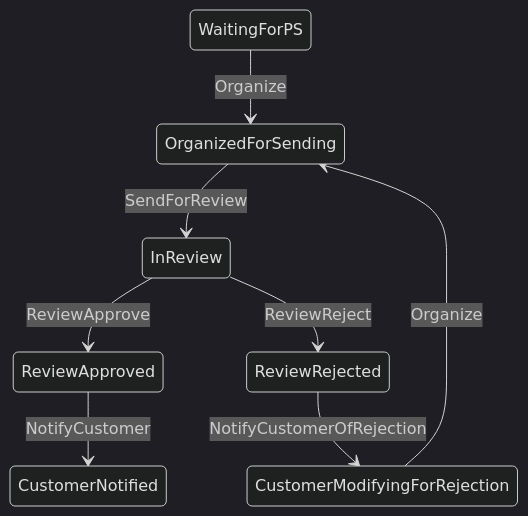
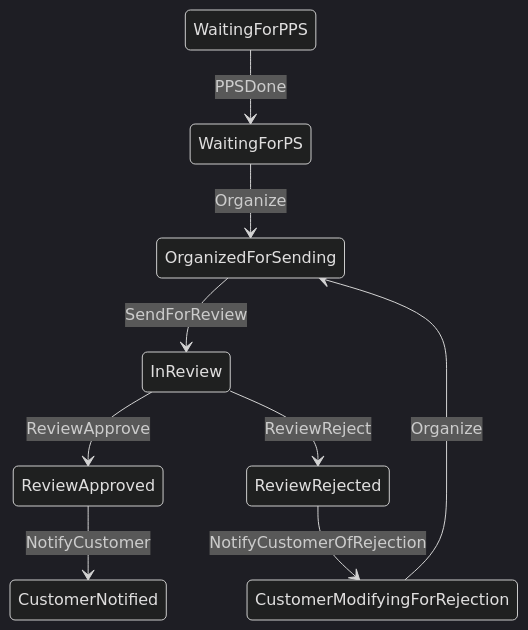
The diagram in docs/ProductSample.mermaid (FIPOCHINA/fipo-fsm), drawn with Mermaid (dark theme) before and after one commit. The commit also changed 23 other files, not shown here.

```diff
--- a/docs/ProductSample.mermaid
+++ b/docs/ProductSample.mermaid
@@ -1,8 +1,9 @@
 stateDiagram-v2
+WaitingForPPS --> WaitingForPS : PPSDone
 WaitingForPS --> OrganizedForSending : Organize
 OrganizedForSending --> InReview : SendForReview
 InReview --> ReviewApproved : ReviewApprove
 InReview --> ReviewRejected : ReviewReject
 ReviewApproved --> CustomerNotified : NotifyCustomer
 ReviewRejected --> CustomerModifyingForRejection : NotifyCustomerOfRejection
 CustomerModifyingForRejection --> OrganizedForSending : Organize
```
